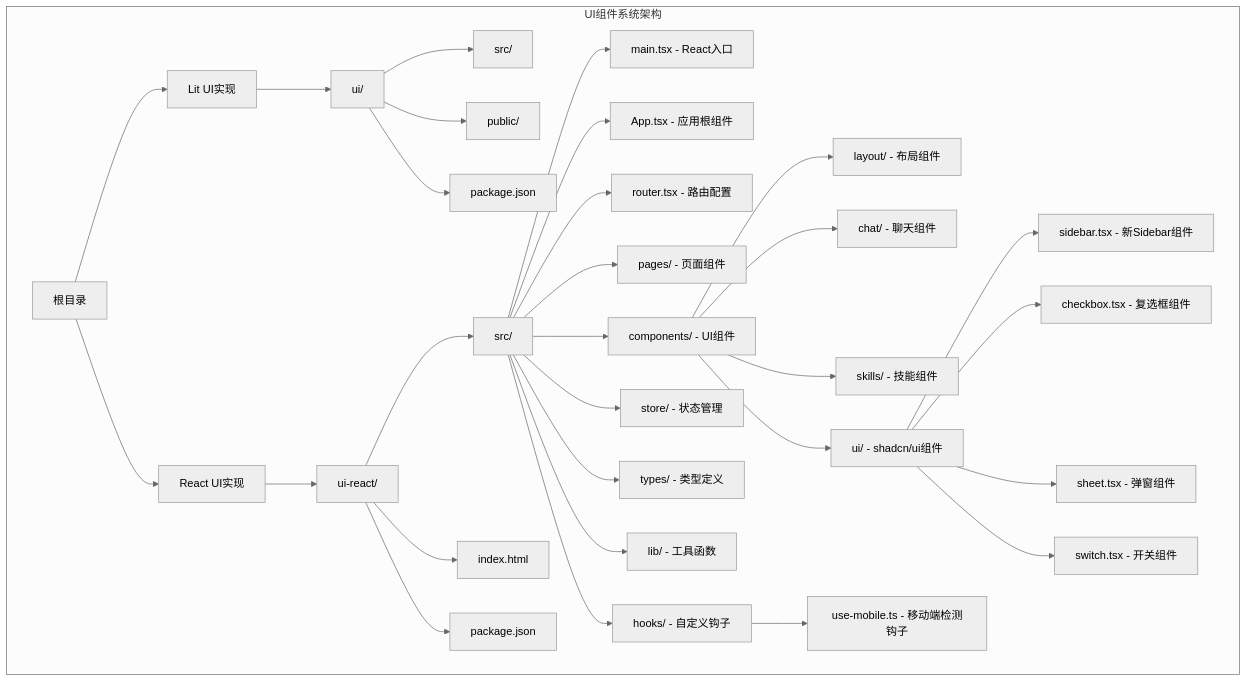
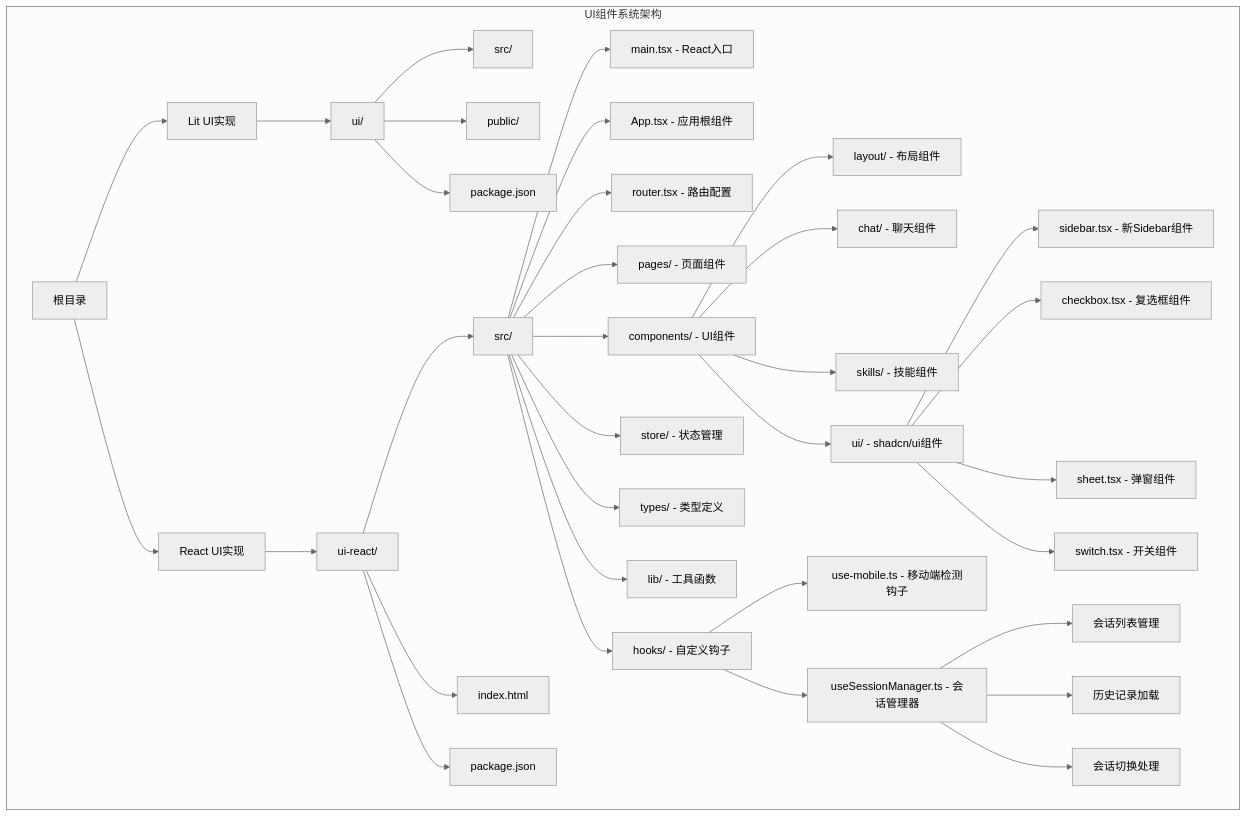
One commit to verse-ai-org/openclaw changed the first of 23 diagrams in .qoder/repowiki/zh/content/Web界面/UI组件系统/UI组件系统.md. Above: the diagram before and after it, drawn with Mermaid (neutral theme). The commit also changed other lines of this file and 9 other files, not shown here.

````diff
--- a/.qoder/repowiki/zh/content/Web界面/UI组件系统/UI组件系统.md
+++ b/.qoder/repowiki/zh/content/Web界面/UI组件系统/UI组件系统.md
@@ -67,33 +71,37 @@
 ```mermaid
 graph TB
 subgraph "UI组件系统架构"
 A[根目录] --> B[Lit UI实现]
 A --> C[React UI实现]
 B --> D[ui/]
 C --> E[ui-react/]
 D --> F[src/]
 D --> G[public/]
 D --> H[package.json]
 E --> I[src/]
 E --> J[index.html]
 E --> K[package.json]
 I --> L[main.tsx - React入口]
 I --> M[App.tsx - 应用根组件]
 I --> N[router.tsx - 路由配置]
 I --> O[pages/ - 页面组件]
 I --> P[components/ - UI组件]
 I --> Q[store/ - 状态管理]
 I --> R[types/ - 类型定义]
 I --> S[lib/ - 工具函数]
 I --> T[hooks/ - 自定义钩子]
 P --> U[layout/ - 布局组件]
 P --> V[chat/ - 聊天组件]
 P --> W[skills/ - 技能组件]
 P --> X[ui/ - shadcn/ui组件]
 X --> Y[sidebar.tsx - 新Sidebar组件]
 X --> Z[checkbox.tsx - 复选框组件]
 X --> AA[sheet.tsx - 弹窗组件]
 X --> BB[switch.tsx - 开关组件]
 T --> CC[use-mobile.ts - 移动端检测钩子]
+T --> DD[useSessionManager.ts - 会话管理器]
+DD --> EE[会话列表管理]
+DD --> FF[历史记录加载]
+DD --> GG[会话切换处理]
 end
 ```
````
